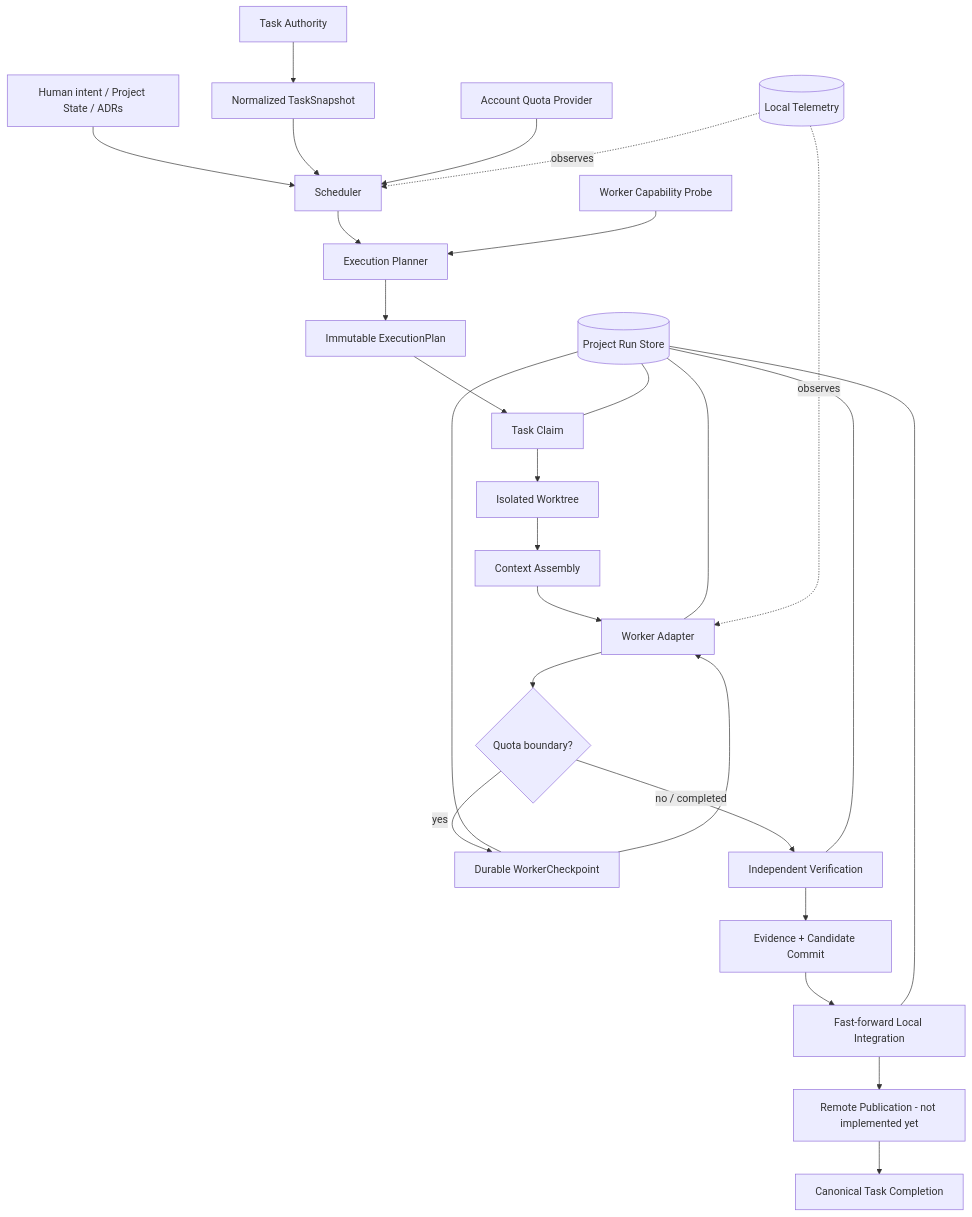
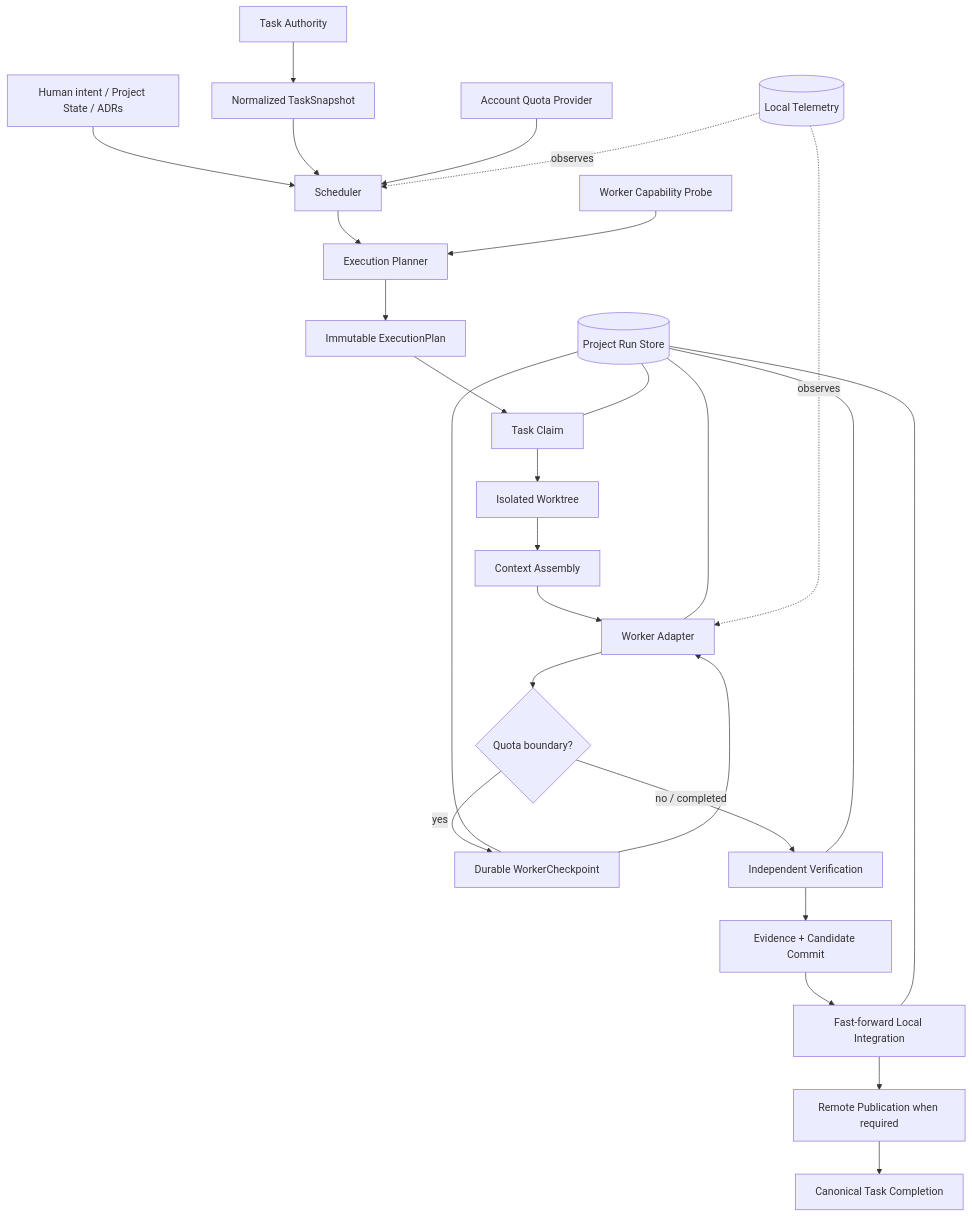
One commit to ehsanrs2/projectctl changed the diagram in docs/PROJECTCTL_BLUEPRINT.md. Above: the diagram before and after it, drawn with Mermaid. The commit also changed other lines of this file, not shown here.

Commit message:
M3.0c update canonical architecture for publication-gated delivery

````diff
--- a/docs/PROJECTCTL_BLUEPRINT.md
+++ b/docs/PROJECTCTL_BLUEPRINT.md
@@ -225,35 +226,35 @@
 ```mermaid
 flowchart TD
     H[Human intent / Project State / ADRs] --> S[Scheduler]
     T[Task Authority] --> N[Normalized TaskSnapshot]
     N --> S
     Q[Account Quota Provider] --> S
 
     S --> EP[Execution Planner]
     WCap[Worker Capability Probe] --> EP
     EP --> Plan[Immutable ExecutionPlan]
 
     Plan --> Claim[Task Claim]
     Claim --> WT[Isolated Worktree]
     WT --> Ctx[Context Assembly]
     Ctx --> Worker[Worker Adapter]
 
     Worker --> CP{Quota boundary?}
     CP -->|yes| Checkpoint[Durable WorkerCheckpoint]
     Checkpoint --> Worker
     CP -->|no / completed| Verify[Independent Verification]
 
     Verify --> Evidence[Evidence + Candidate Commit]
     Evidence --> Integrate[Fast-forward Local Integration]
-    Integrate --> Publish[Remote Publication - not implemented yet]
+    Integrate --> Publish[Remote Publication when required]
     Publish --> Complete[Canonical Task Completion]
 
     RunDB[(Project Run Store)] --- Claim
     RunDB --- Worker
     RunDB --- Checkpoint
     RunDB --- Verify
     RunDB --- Integrate
 
     Telemetry[(Local Telemetry)] -. observes .-> S
     Telemetry -. observes .-> Worker
 ```
````
